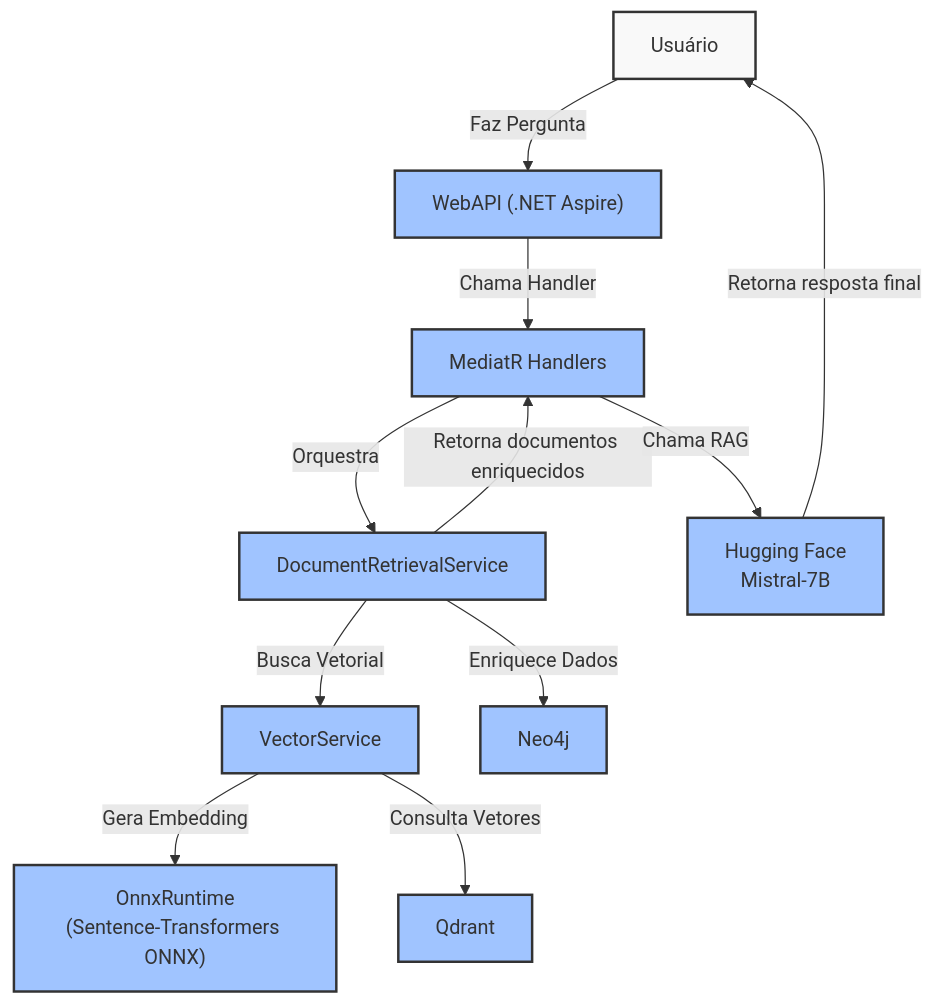
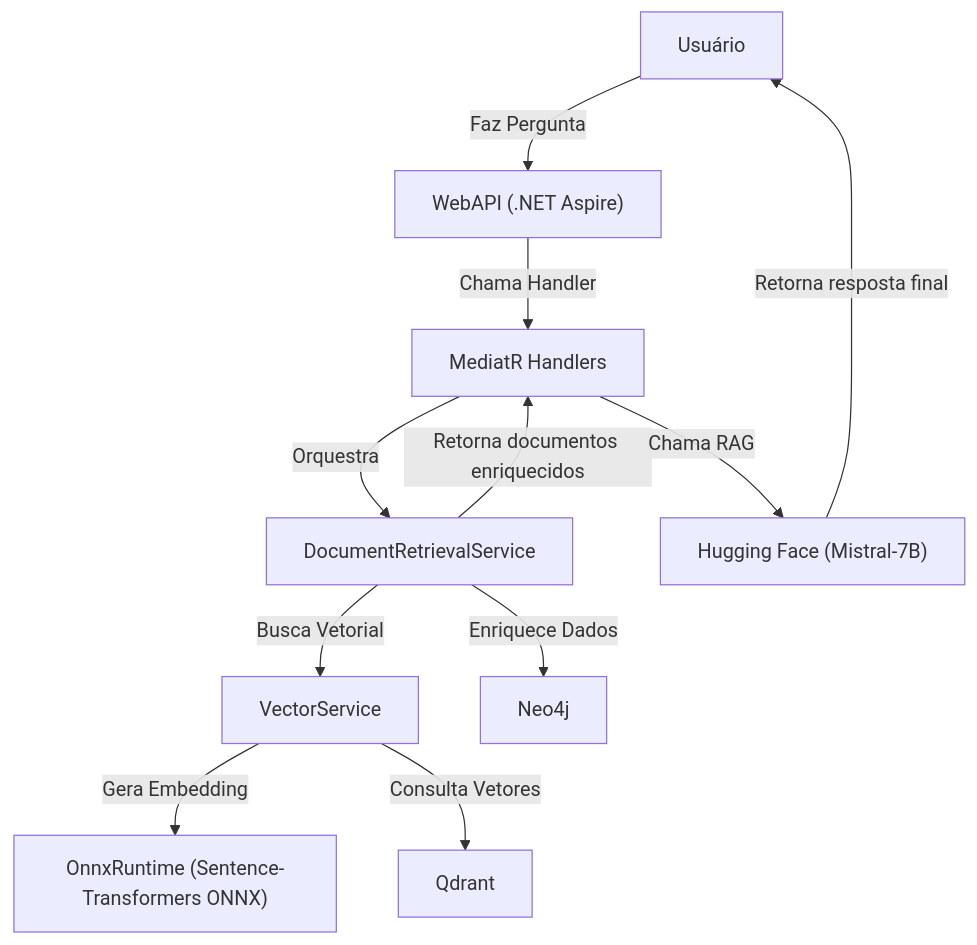
One commit to rafaellarrosa/VectorSearchDotnet changed the diagram in README.md. Above: the diagram before and after it, drawn with Mermaid.

````diff
--- a/README.md
+++ b/README.md
@@ -23,25 +23,13 @@
 ```mermaid
----
-config:
-  layout: fixed
----
-flowchart TD
-    A["Usuário"] -->|Faz Pergunta| B["WebAPI (.NET Aspire)"]
-    B -->|Chama Handler| H["MediatR Handlers"]
-    H -->|Orquestra| G["DocumentRetrievalService"]
-    
-    G -->|Busca Vetorial| D["VectorService"]
-    D -->|Gera Embedding| C["OnnxRuntime<br>(Sentence-Transformers ONNX)"]
-    D -->|Consulta Vetores| E["Qdrant"]
-
-    G -->|Enriquece Dados| F["Neo4j"]
-
-    G -->|Retorna documentos enriquecidos| H
-    H -->|Chama RAG| I["Hugging Face<br>Mistral-7B"]
-
-    I -->|Retorna resposta final| A
-
-    classDef default fill:#f9f9f9,stroke:#333,stroke-width:2px;
-    classDef highlight fill:#a0c4ff,stroke:#333,stroke-width:2px;
-    class B,C,D,E,F,G,H,I highlight;
+flowchart TB
+    A["Usuário"] -- Faz Pergunta --> B["WebAPI (.NET Aspire)"]
+    B -- Chama Handler --> H["MediatR Handlers"]
+    H -- Orquestra --> G["DocumentRetrievalService"]
+    G -- Busca Vetorial --> D["VectorService"]
+    D -- Gera Embedding --> C["OnnxRuntime (Sentence-Transformers ONNX)"]
+    D -- Consulta Vetores --> E["Qdrant"]
+    G -- Enriquece Dados --> F["Neo4j"]
+    G -- Retorna documentos enriquecidos --> H
+    H -- Chama RAG --> I["Hugging Face (Mistral-7B)"]
+    I -- Retorna resposta final --> A
 ```
````
